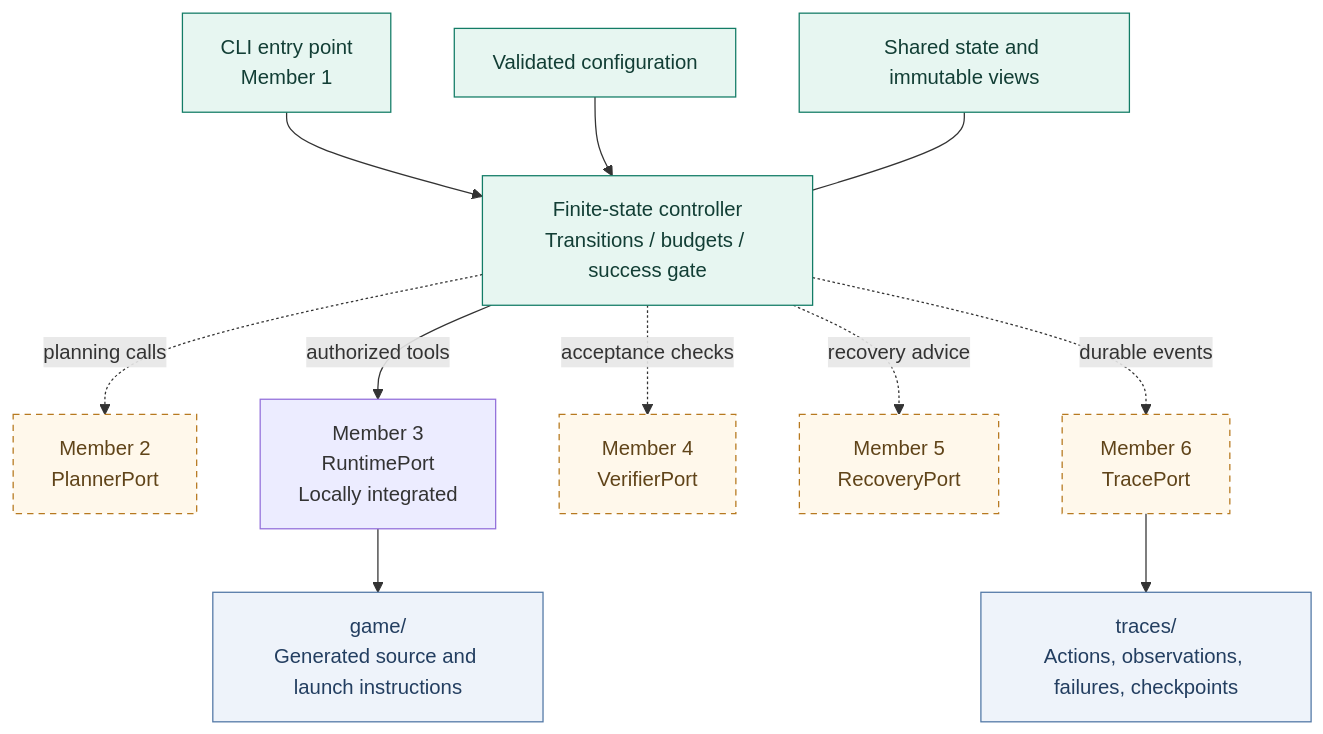
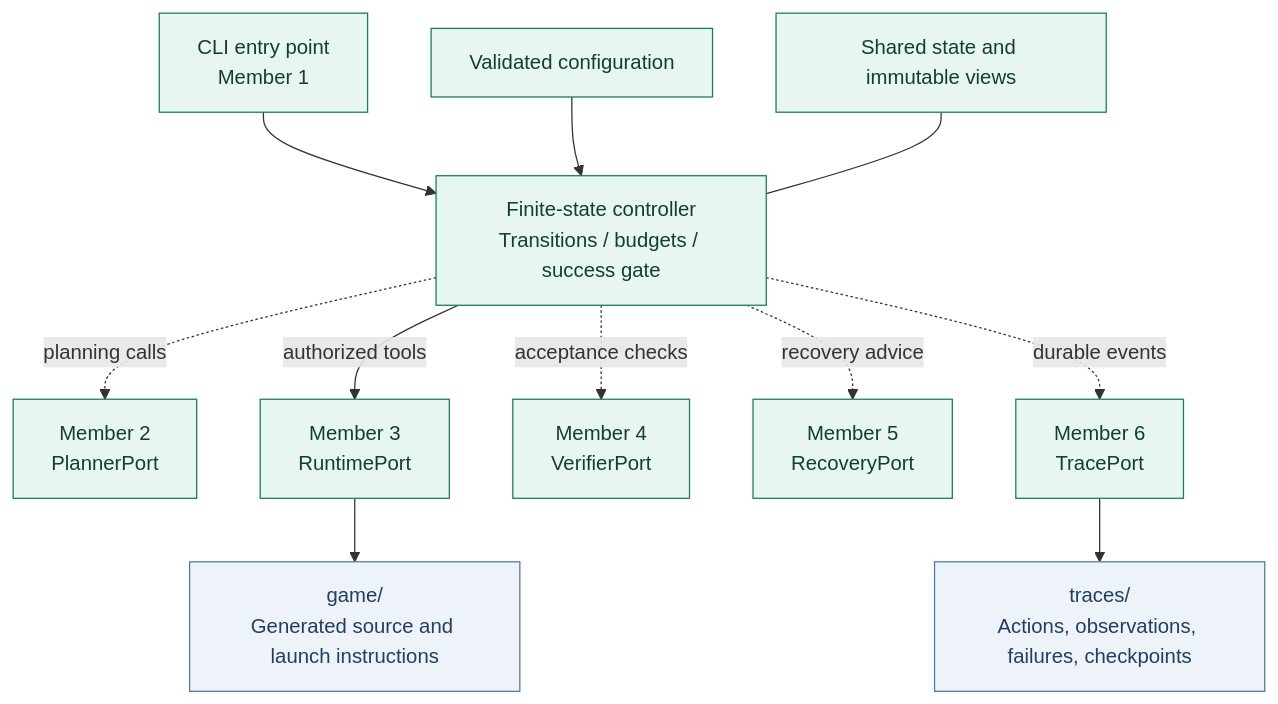
Before and after one commit to shirley830/6203-game-coding-agent: the first of 3 diagrams in README.md, drawn with Mermaid. The commit also changed other lines of this file, not shown here.

````diff
--- a/README.md
+++ b/README.md
@@ -90,21 +96,20 @@
 ```mermaid
 flowchart TB
     CLI["CLI entry point<br/>Member 1"] --> C["Finite-state controller<br/>Transitions / budgets / success gate"]
     CFG["Validated configuration"] --> C
     STATE["Shared state and immutable views"] --- C
     C -. "planning calls" .-> P["Member 2<br/>PlannerPort"]
-    C -->|"authorized tools"| RT["Member 3<br/>RuntimePort<br/>Locally integrated"]
+    C -->|"authorized tools"| RT["Member 3<br/>RuntimePort"]
     C -. "acceptance checks" .-> V["Member 4<br/>VerifierPort"]
     C -. "recovery advice" .-> R["Member 5<br/>RecoveryPort"]
     C -. "durable events" .-> T["Member 6<br/>TracePort"]
     RT --> G["game/<br/>Generated source and launch instructions"]
     T --> LOG["traces/<br/>Actions, observations, failures, checkpoints"]
 
     classDef ready fill:#e7f6f1,stroke:#137c66,color:#123e35;
     classDef pending fill:#fff8eb,stroke:#b7791f,color:#604419,stroke-dasharray:5 4;
     classDef artifact fill:#eef3fa,stroke:#5278a6,color:#233e60;
     class CLI,C,CFG,STATE ready;
-    class P,V,R,T pending;
-    class RT implemented;
+    class P,V,R,T,RT ready;
     class G,LOG artifact;
 ```
````
